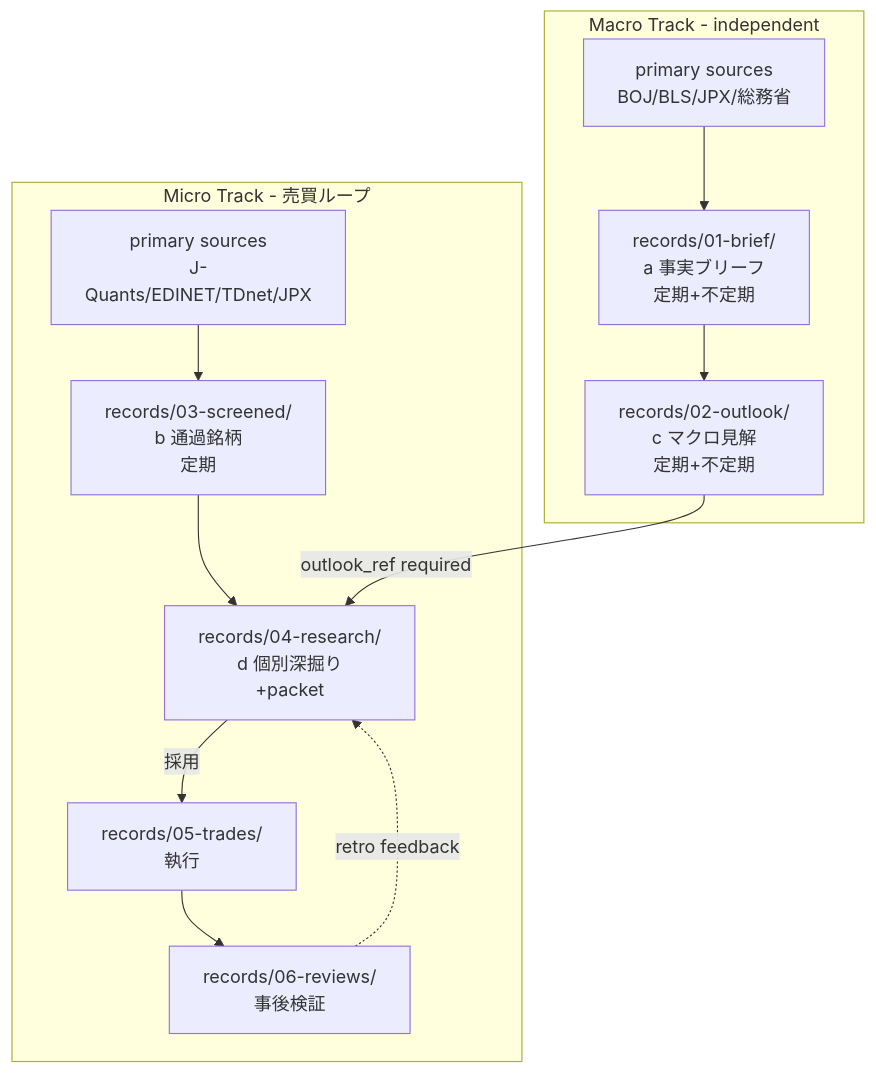
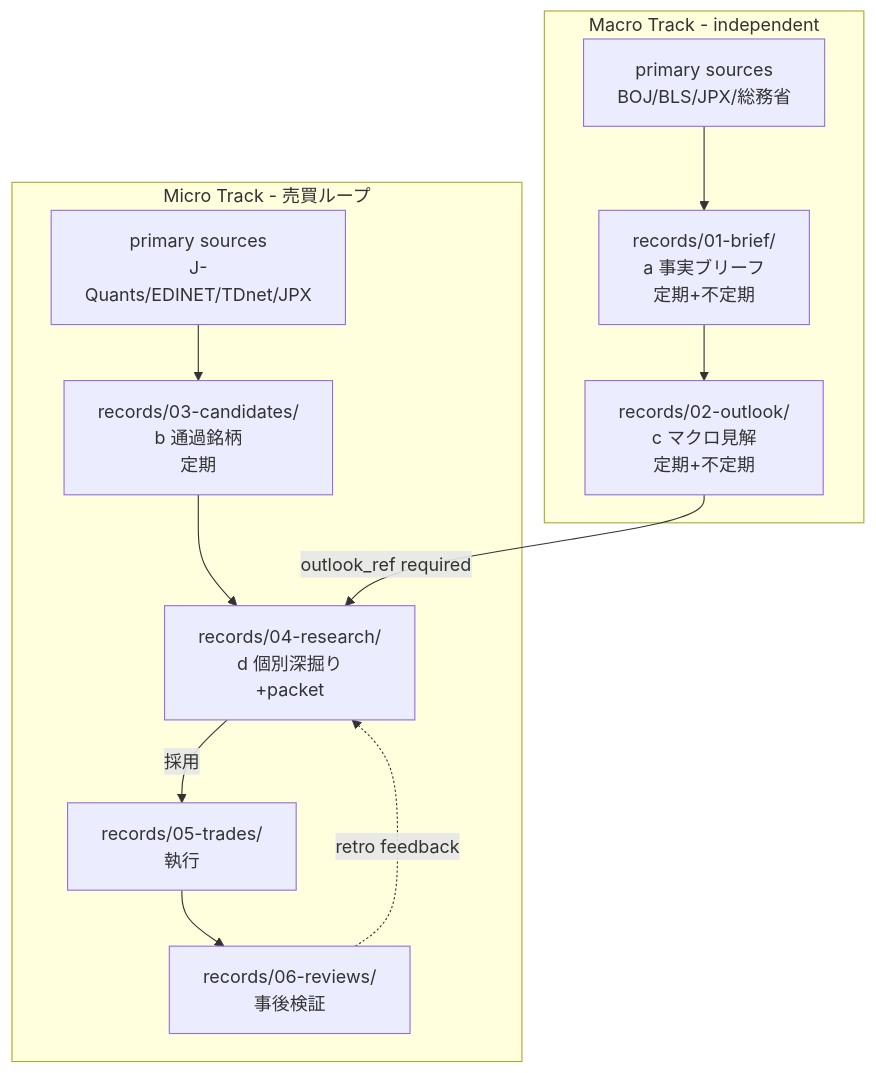
The diagram in docs/architecture-v1.md (koumatsumoto/baibai-loop), drawn with Mermaid before and after one commit. The commit also changed other lines of this file and 44 other files, not shown here.

First line of the commit message:
refactor(records): rename 03-screened to 03-candidates (#64)

````diff
--- a/docs/architecture-v1.md
+++ b/docs/architecture-v1.md
@@ -86,24 +86,24 @@
 ```mermaid
 flowchart TB
     subgraph MacroTrack[Macro Track - independent]
         PA[primary sources<br/>BOJ/BLS/JPX/総務省]
         BRIEF[records/01-brief/<br/>a 事実ブリーフ<br/>定期+不定期]
         OUTLOOK[records/02-outlook/<br/>c マクロ見解<br/>定期+不定期]
         PA --> BRIEF --> OUTLOOK
     end
 
     subgraph MicroTrack[Micro Track - 売買ループ]
         PB[primary sources<br/>J-Quants/EDINET/TDnet/JPX]
-        SCREENED[records/03-screened/<br/>b 通過銘柄<br/>定期]
+        SCREENED[records/03-candidates/<br/>b 通過銘柄<br/>定期]
         RESEARCH[records/04-research/<br/>d 個別深掘り<br/>+packet]
         TRADES[records/05-trades/<br/>執行]
         REVIEWS[records/06-reviews/<br/>事後検証]
         PB --> SCREENED
         SCREENED --> RESEARCH
         RESEARCH -->|採用| TRADES
         TRADES --> REVIEWS
         REVIEWS -.retro feedback.-> RESEARCH
     end
 
     OUTLOOK -->|outlook_ref required| RESEARCH
 ```
````
